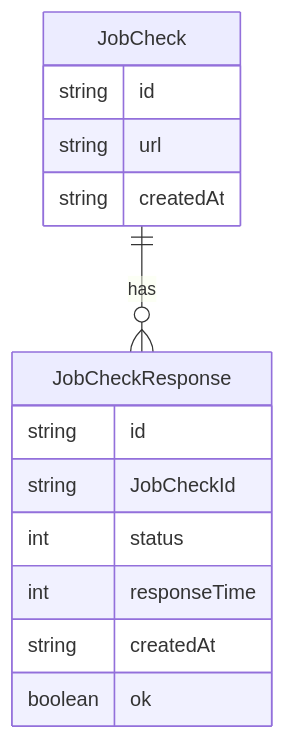
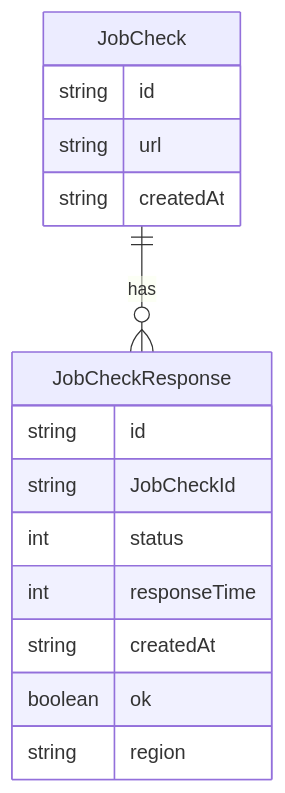
Before and after one commit to tranlehaiquan/status-checker: the second of 2 diagrams in readme.md, drawn with Mermaid. The commit also changed 1 other file, not shown here.

Commit message:
Add region field and correct createdAt timestamp in pingRunner and documentation

````diff
--- a/readme.md
+++ b/readme.md
@@ -19,19 +19,20 @@
 ```mermaid
 erDiagram
     JobCheck {
         string id
         string url
         string createdAt
     }
 
     JobCheckResponse {
         string  id
         string  JobCheckId
         int     status
         int     responseTime
         string  createdAt
         boolean ok
+        string  region
     }
     
     JobCheck ||--o{ JobCheckResponse : has
 ```
````
